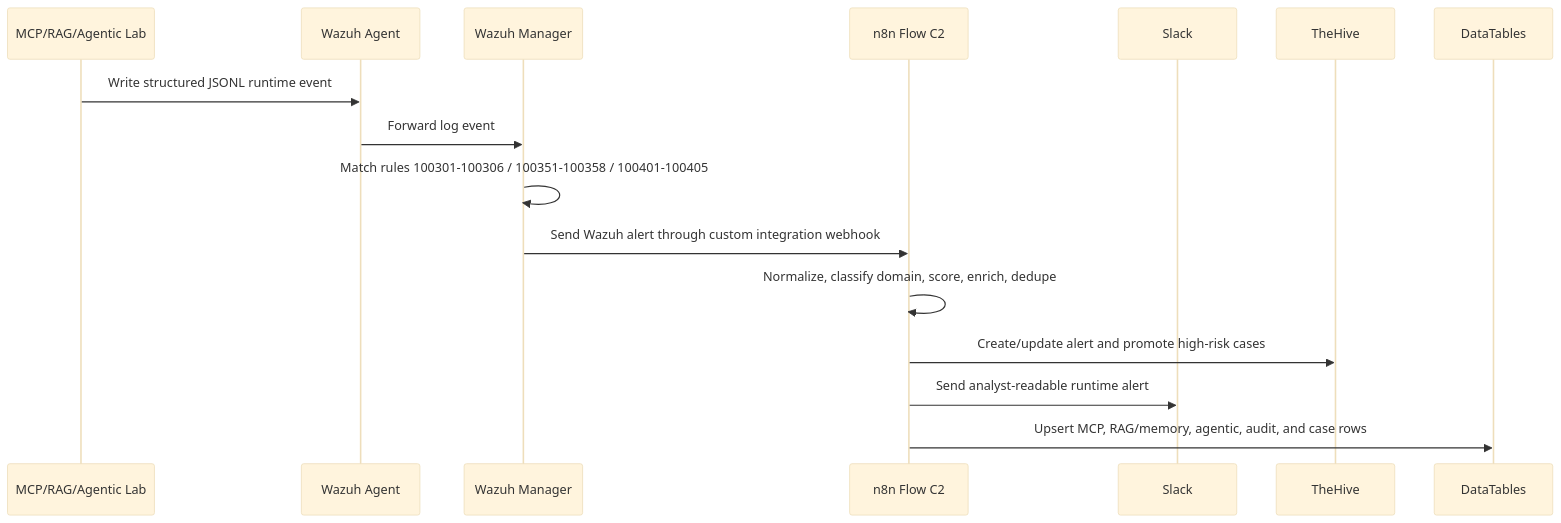
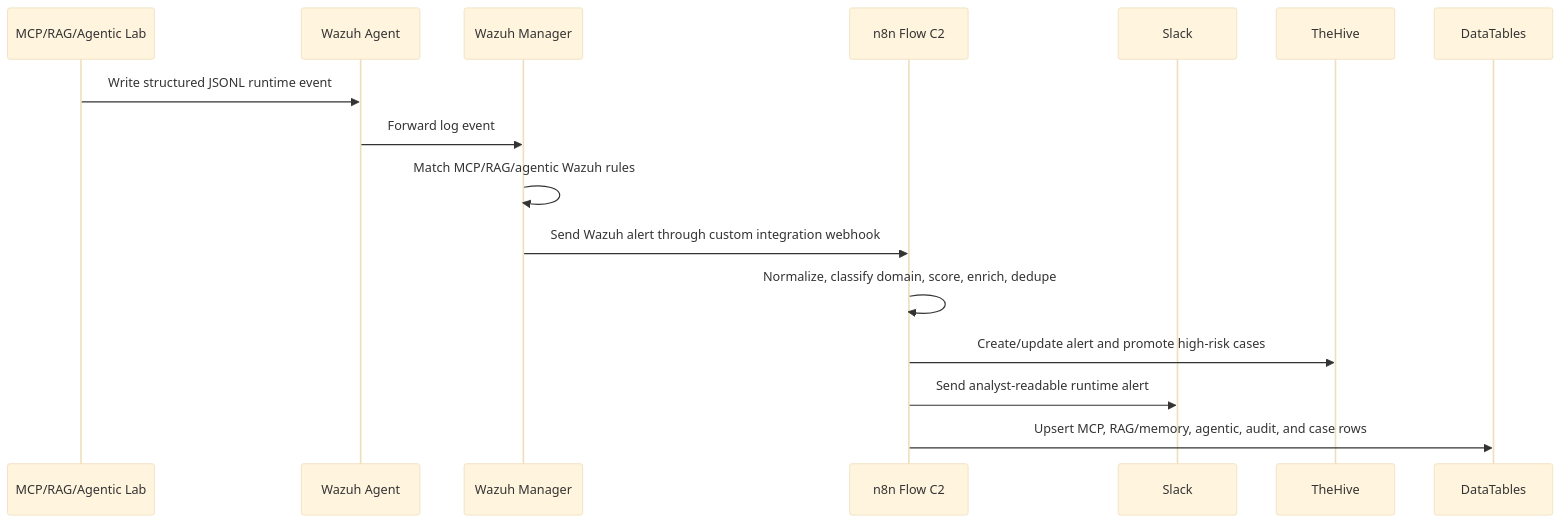
One commit to abdul4rehman215/SOC-SOAR-ECOSYSTEM-AWS changed the second of 2 diagrams in 27-genai-detection-as-code-v2-mcp-rag-agentic-wazuh-n8n-thehive/README.md. Above: the diagram before and after it, drawn with Mermaid (base theme). The commit also changed other lines of this file, not shown here.

````diff
--- a/27-genai-detection-as-code-v2-mcp-rag-agentic-wazuh-n8n-thehive/README.md
+++ b/27-genai-detection-as-code-v2-mcp-rag-agentic-wazuh-n8n-thehive/README.md
@@ -106,19 +108,19 @@
 ```mermaid
 sequenceDiagram
     participant Lab as MCP/RAG/Agentic Lab
     participant Agent as Wazuh Agent
     participant Manager as Wazuh Manager
     participant N8N as n8n Flow C2
     participant Slack as Slack
     participant Hive as TheHive
     participant DT as DataTables
 
     Lab->>Agent: Write structured JSONL runtime event
     Agent->>Manager: Forward log event
-    Manager->>Manager: Match rules 100301-100306 / 100351-100358 / 100401-100405
+    Manager->>Manager: Match MCP/RAG/agentic Wazuh rules
     Manager->>N8N: Send Wazuh alert through custom integration webhook
     N8N->>N8N: Normalize, classify domain, score, enrich, dedupe
     N8N->>Hive: Create/update alert and promote high-risk cases
     N8N->>Slack: Send analyst-readable runtime alert
     N8N->>DT: Upsert MCP, RAG/memory, agentic, audit, and case rows
 ```
````
